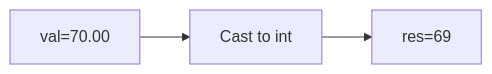
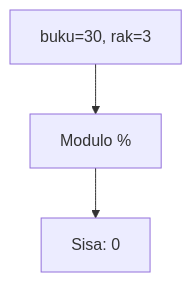
Before and after one commit to amnahwaida/OSNK_INF_PREP: the sixth of 25 diagrams in part-c-pemahaman-cpp/01-tipe-data/latihan/set-12.md, drawn with Mermaid. The commit also changed other lines of this file and 71 other files, not shown here.

````diff
--- a/part-c-pemahaman-cpp/01-tipe-data/latihan/set-12.md
+++ b/part-c-pemahaman-cpp/01-tipe-data/latihan/set-12.md
@@ -158,5 +164,5 @@
 ```mermaid
-graph LR
-A["val=70.00"] --> B["Cast to int"]
-B --> C["res=69"]
+graph TD
+A["buku=30, rak=3"] --> B["Modulo %"]
+B --> C["Sisa: 0"]
 ```
````
